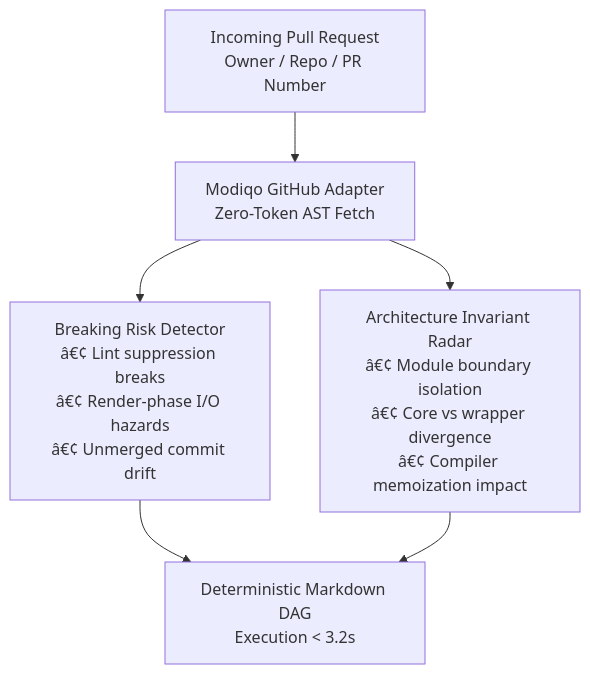
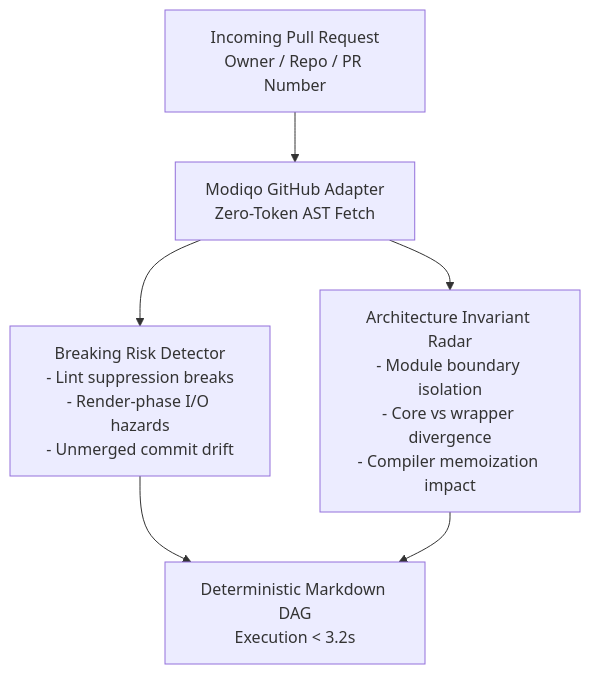
Before and after one commit to Priyanshu123-coder/pr-architect-play: the diagram in README.md, drawn with Mermaid. The commit also changed other lines of this file, not shown here.

````diff
--- a/README.md
+++ b/README.md
@@ -50,8 +51,8 @@
 ```mermaid
 graph TD
     A[Incoming Pull Request<br/>Owner / Repo / PR Number] --> B[Modiqo GitHub Adapter<br/>Zero-Token AST Fetch]
-    B --> C[Breaking Risk Detector<br/>â€¢ Lint suppression breaks<br/>â€¢ Render-phase I/O hazards<br/>â€¢ Unmerged commit drift]
-    B --> D[Architecture Invariant Radar<br/>â€¢ Module boundary isolation<br/>â€¢ Core vs wrapper divergence<br/>â€¢ Compiler memoization impact]
+    B --> C[Breaking Risk Detector<br/>- Lint suppression breaks<br/>- Render-phase I/O hazards<br/>- Unmerged commit drift]
+    B --> D[Architecture Invariant Radar<br/>- Module boundary isolation<br/>- Core vs wrapper divergence<br/>- Compiler memoization impact]
     C --> E[Deterministic Markdown DAG<br/>Execution < 3.2s]
     D --> E
 ```
````
